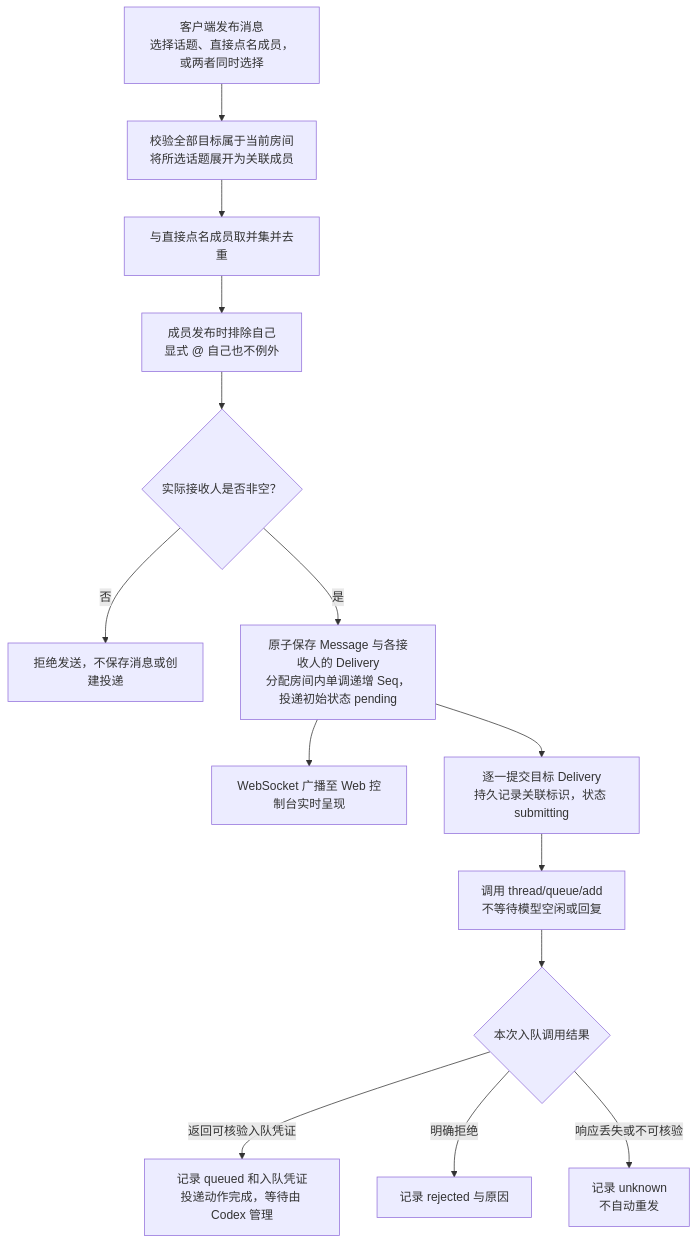
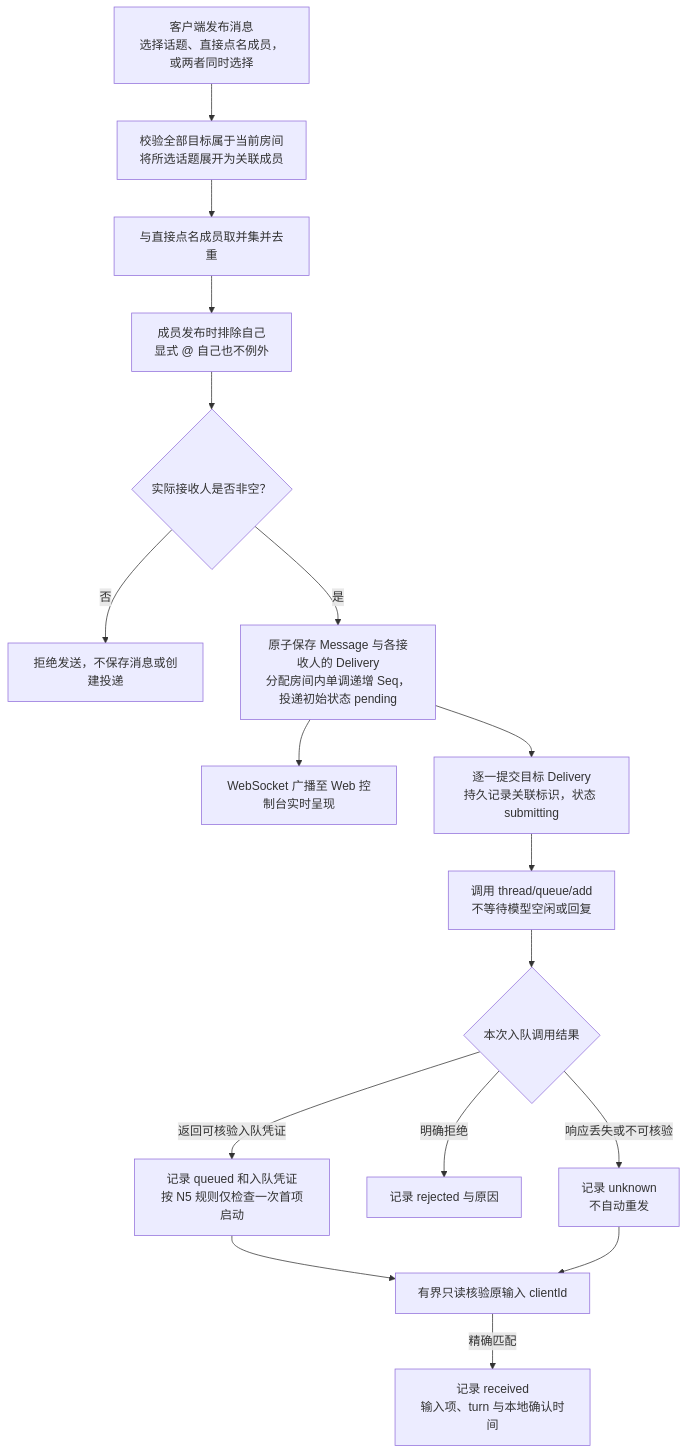
Before and after one commit to leoninew/agent-relay: the second of 5 diagrams in docs/design/codex-session-chat-collaboration.md, drawn with Mermaid. The commit also changed other lines of this file and 118 other files, not shown here.

````diff
--- a/docs/design/codex-session-chat-collaboration.md
+++ b/docs/design/codex-session-chat-collaboration.md
@@ -169,19 +171,22 @@
 ```mermaid
 flowchart TD
     Post["客户端发布消息\n选择话题、直接点名成员，或两者同时选择"]
     --> Validate["校验全部目标属于当前房间\n将所选话题展开为关联成员"]
 
     Validate --> Union["与直接点名成员取并集并去重"]
     Union --> ExcludeSelf["成员发布时排除自己\n显式 @ 自己也不例外"]
     ExcludeSelf --> HasRecipient{"实际接收人是否非空？"}
     HasRecipient -- 否 --> Reject["拒绝发送，不保存消息或创建投递"]
     HasRecipient -- 是 --> Save["原子保存 Message 与各接收人的 Delivery\n分配房间内单调递增 Seq，投递初始状态 pending"]
 
     Save --> Broadcast["WebSocket 广播至 Web 控制台实时呈现"]
     Save --> ForEach["逐一提交目标 Delivery\n持久记录关联标识，状态 submitting"]
     ForEach --> Submit["调用 thread/queue/add\n不等待模型空闲或回复"]
     Submit --> Result{"本次入队调用结果"}
-    Result -- 返回可核验入队凭证 --> Queued["记录 queued 和入队凭证\n投递动作完成，等待由 Codex 管理"]
+    Result -- 返回可核验入队凭证 --> Queued["记录 queued 和入队凭证\n按 N5 规则仅检查一次首项启动"]
     Result -- 明确拒绝 --> Rejected["记录 rejected 与原因"]
     Result -- 响应丢失或不可核验 --> Unknown["记录 unknown\n不自动重发"]
+    Queued --> Observe["有界只读核验原输入 clientId"]
+    Unknown --> Observe
+    Observe -- 精确匹配 --> Received["记录 received\n输入项、turn 与本地确认时间"]
 ```
````
